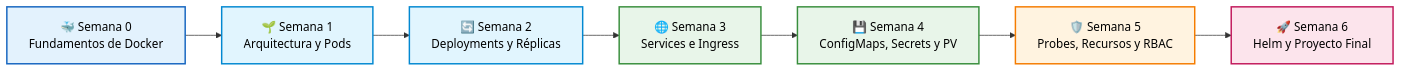
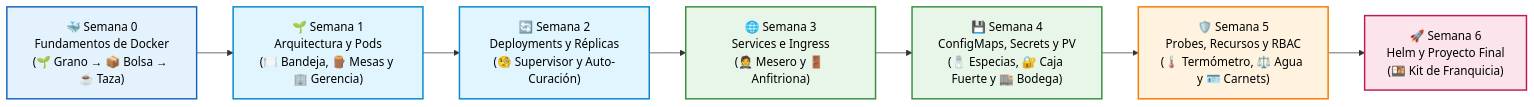
The diagram in README.md (Camilogigom/Fundamentos-Kubernetes), drawn with Mermaid before and after one commit. The commit also changed other lines of this file and 4 other files, not shown here.

````diff
--- a/README.md
+++ b/README.md
@@ -48,17 +48,17 @@
 ```mermaid
 flowchart LR
-    S0["🐳 Semana 0\nFundamentos de Docker"] --> S1["🌱 Semana 1\nArquitectura y Pods"]
-    S1 --> S2["🔄 Semana 2\nDeployments y Réplicas"]
-    S2 --> S3["🌐 Semana 3\nServices e Ingress"]
-    S3 --> S4["💾 Semana 4\nConfigMaps, Secrets y PV"]
-    S4 --> S5["🛡️ Semana 5\nProbes, Recursos y RBAC"]
-    S5 --> S6["🚀 Semana 6\nHelm y Proyecto Final"]
+    S0["🐳 Semana 0\nFundamentos de Docker\n(🌱 Grano → 📦 Bolsa → ☕ Taza)"] --> S1["🌱 Semana 1\nArquitectura y Pods\n(🍽️ Bandeja, 🪵 Mesas y 🏢 Gerencia)"]
+    S1 --> S2["🔄 Semana 2\nDeployments y Réplicas\n(🧐 Supervisor y Auto-Curación)"]
+    S2 --> S3["🌐 Semana 3\nServices e Ingress\n(🤵 Mesero y 🚪 Anfitriona)"]
+    S3 --> S4["💾 Semana 4\nConfigMaps, Secrets y PV\n(🧂 Especias, 🔐 Caja Fuerte y 🏬 Bodega)"]
+    S4 --> S5["🛡️ Semana 5\nProbes, Recursos y RBAC\n(🌡️ Termómetro, ⚖️ Agua y 🪪 Carnets)"]
+    S5 --> S6["🚀 Semana 6\nHelm y Proyecto Final\n(🍱 Kit de Franquicia)"]
 
     style S0 fill:#e3f2fd,stroke:#1565c0,stroke-width:2px,color:#000
     style S1 fill:#e1f5fe,stroke:#0288d1,stroke-width:2px,color:#000
     style S2 fill:#e1f5fe,stroke:#0288d1,stroke-width:2px,color:#000
     style S3 fill:#e8f5e9,stroke:#388e3c,stroke-width:2px,color:#000
     style S4 fill:#e8f5e9,stroke:#388e3c,stroke-width:2px,color:#000
     style S5 fill:#fff3e0,stroke:#f57c00,stroke-width:2px,color:#000
     style S6 fill:#fce4ec,stroke:#c2185b,stroke-width:2px,color:#000
 ```
````
